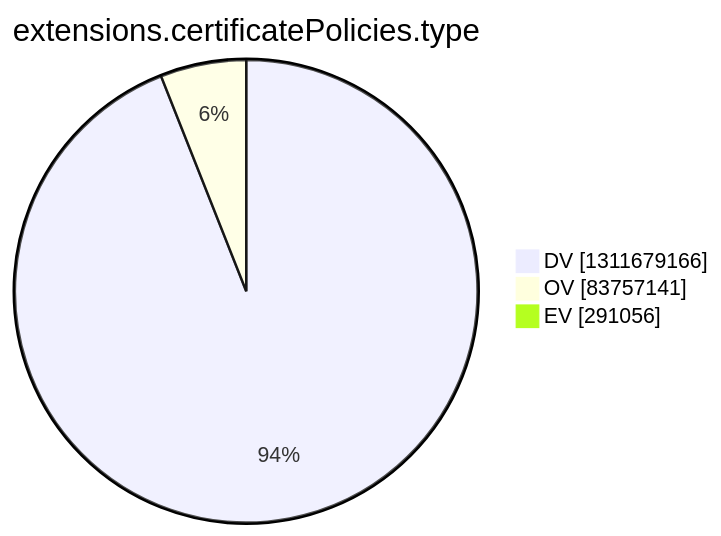
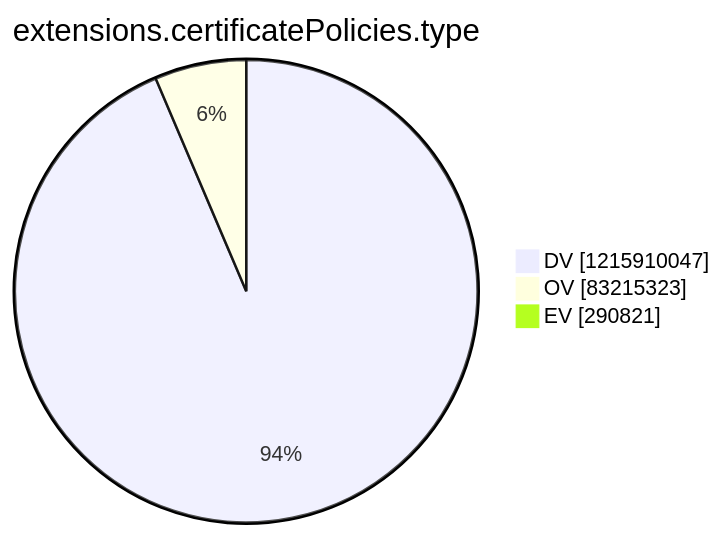
Before and after one commit to christiankrug/ctmonitor_visualization: the tenth of 15 diagrams in argon2022/README.md, drawn with Mermaid. The commit also changed other lines of this file, not shown here.

````diff
--- a/argon2022/README.md
+++ b/argon2022/README.md
@@ -2772,7 +2768,7 @@
 ```mermaid
 pie showData
 title extensions.certificatePolicies.type
-"DV" :1311679166
-"OV" :83757141
-"EV" :291056
+"DV" :1215910047
+"OV" :83215323
+"EV" :290821
 ```
````
